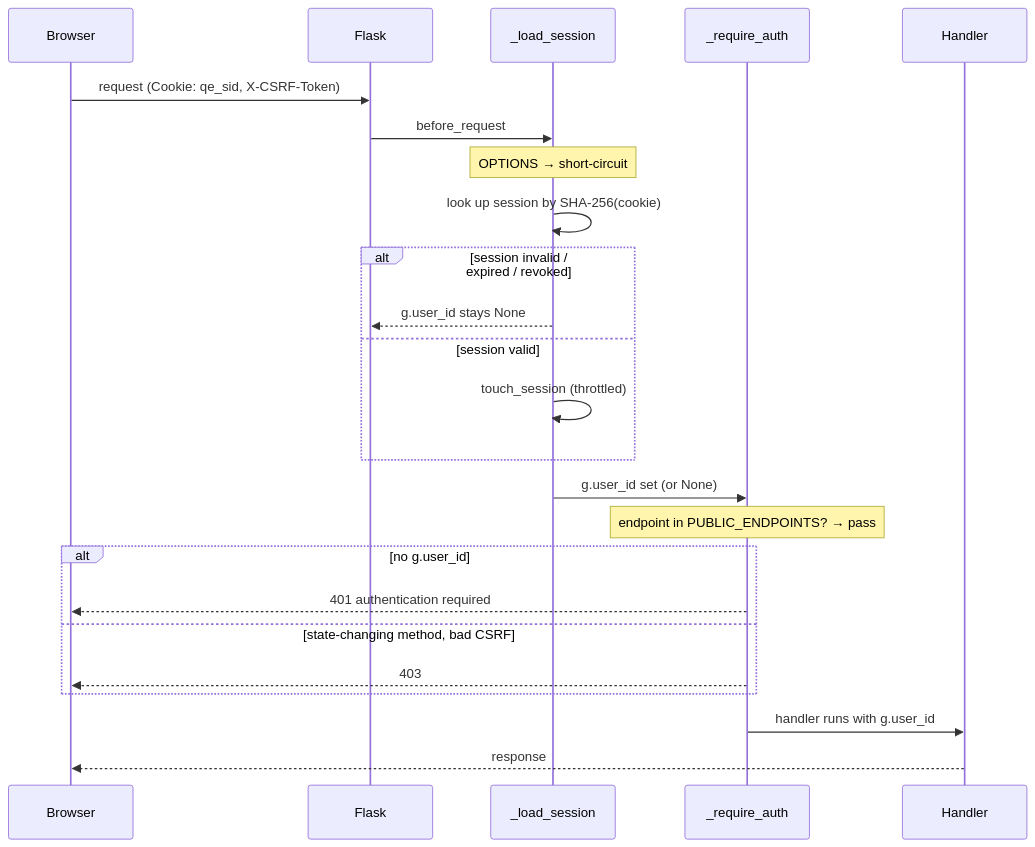
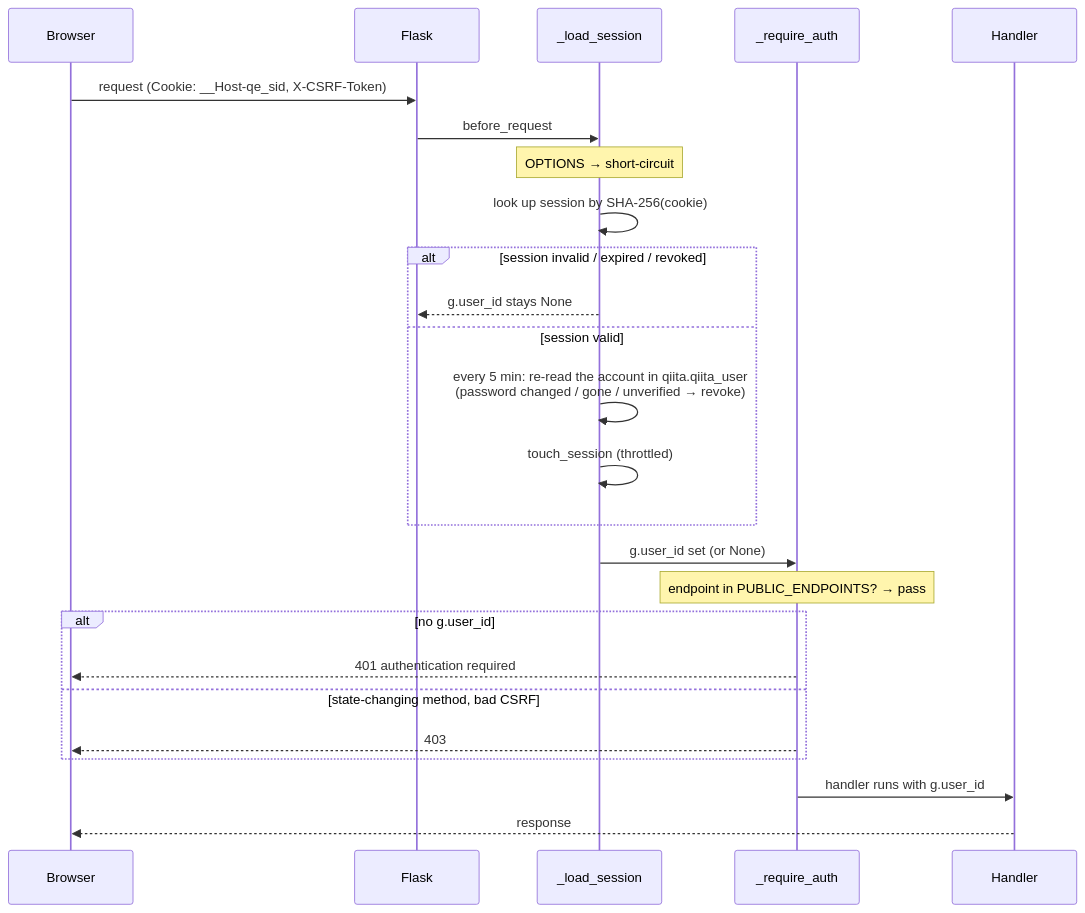
Before and after one commit to dhruvviveksharma/QiitaExplore: the second of 2 diagrams in docs/01-architecture.md, drawn with Mermaid. The commit also changed other lines of this file and 64 other files, not shown here.

````diff
--- a/docs/01-architecture.md
+++ b/docs/01-architecture.md
@@ -123,27 +123,28 @@
 ```mermaid
 sequenceDiagram
     participant B as Browser
     participant F as Flask
     participant M1 as _load_session
     participant M2 as _require_auth
     participant H as Handler
 
-    B->>F: request (Cookie: qe_sid, X-CSRF-Token)
+    B->>F: request (Cookie: __Host-qe_sid, X-CSRF-Token)
     F->>M1: before_request #1
     Note over M1: OPTIONS → short-circuit
     M1->>M1: look up session by SHA-256(cookie)
     alt session invalid / expired / revoked
         M1-->>F: g.user_id stays None
     else session valid
+        M1->>M1: every 5 min: re-read the account in qiita.qiita_user<br/>(password changed / gone / unverified → revoke)
         M1->>M1: touch_session (throttled)
     end
     M1->>M2: g.user_id set (or None)
     Note over M2: endpoint in PUBLIC_ENDPOINTS? → pass
     alt no g.user_id
         M2-->>B: 401 authentication required
     else state-changing method, bad CSRF
         M2-->>B: 403
     end
     M2->>H: handler runs with g.user_id
     H-->>B: response
 ```
````
